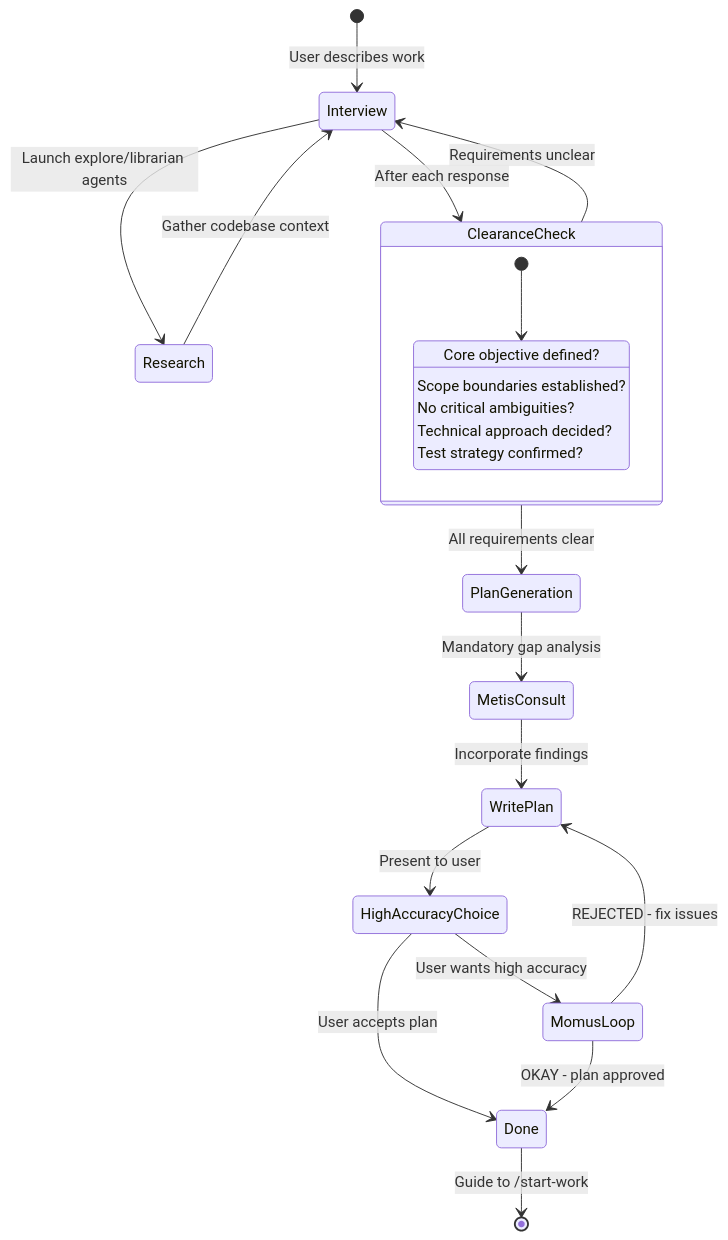
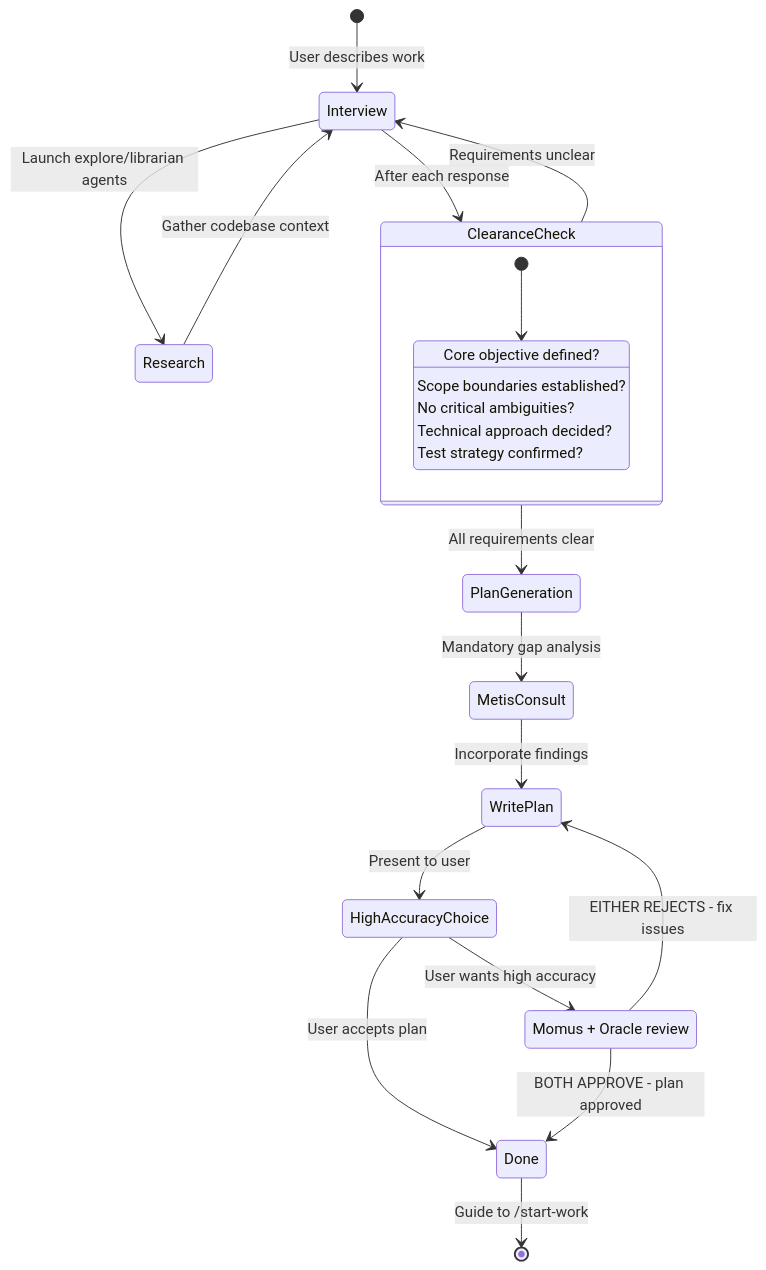
Before and after one commit to code-yeongyu/oh-my-openagent: the second of 3 diagrams in docs/guide/orchestration.md, drawn with Mermaid. The commit also changed other lines of this file, not shown here.

Commit message:
docs(orchestration): align dual-review diagrams

````diff
--- a/docs/guide/orchestration.md
+++ b/docs/guide/orchestration.md
@@ -126,31 +128,33 @@
 ```mermaid
 stateDiagram-v2
     [*] --> Interview: User describes work
     Interview --> Research: Launch explore/librarian agents
     Research --> Interview: Gather codebase context
     Interview --> ClearanceCheck: After each response
 
     ClearanceCheck --> Interview: Requirements unclear
     ClearanceCheck --> PlanGeneration: All requirements clear
 
     state ClearanceCheck {
         [*] --> Check
         Check: Core objective defined?
         Check: Scope boundaries established?
         Check: No critical ambiguities?
         Check: Technical approach decided?
         Check: Test strategy confirmed?
     }
 
     PlanGeneration --> MetisConsult: Mandatory gap analysis
     MetisConsult --> WritePlan: Incorporate findings
     WritePlan --> HighAccuracyChoice: Present to user
 
-    HighAccuracyChoice --> MomusLoop: User wants high accuracy
+    state "Momus + Oracle review" as DualReview
+
+    HighAccuracyChoice --> DualReview: User wants high accuracy
     HighAccuracyChoice --> Done: User accepts plan
 
-    MomusLoop --> WritePlan: REJECTED - fix issues
-    MomusLoop --> Done: OKAY - plan approved
+    DualReview --> WritePlan: EITHER REJECTS - fix issues
+    DualReview --> Done: BOTH APPROVE - plan approved
 
     Done --> [*]: Guide to /start-work
 ```
````
